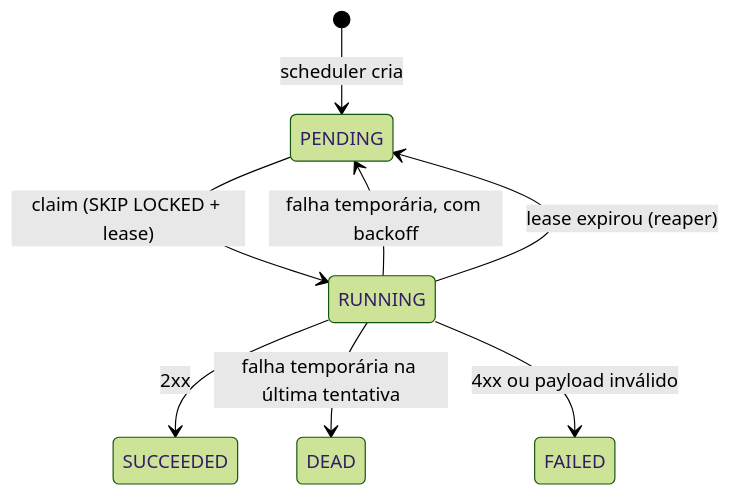
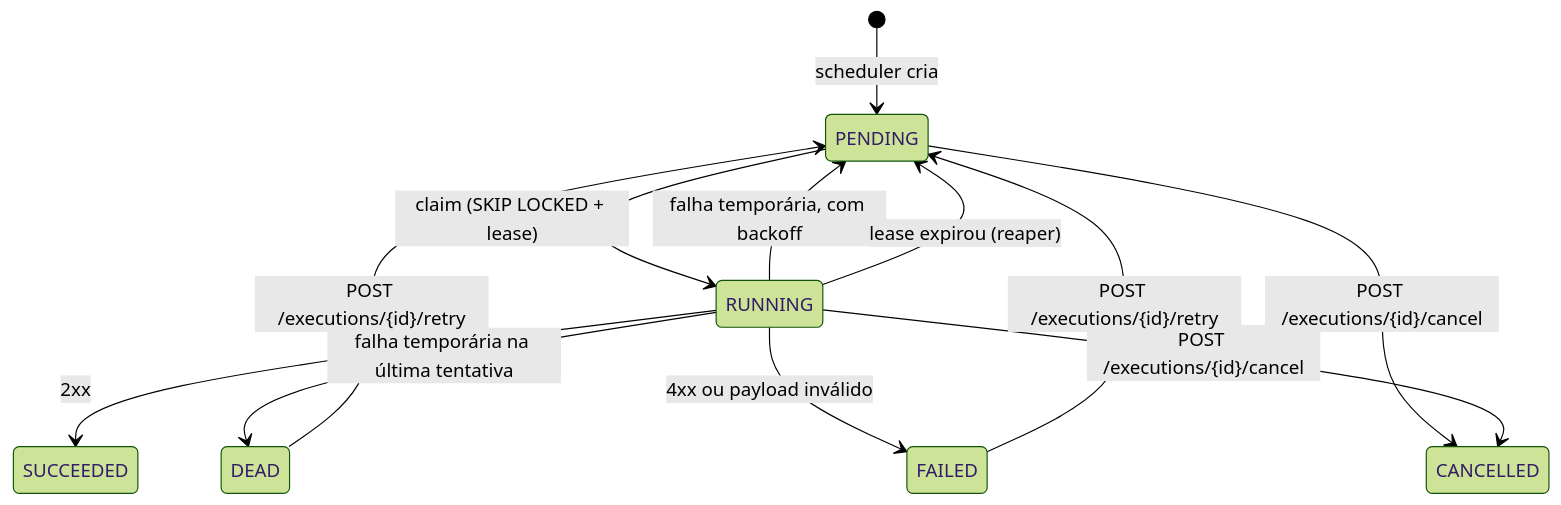
One commit to juliofilizzola/cronos changed the second of 2 diagrams in README.md. Above: the diagram before and after it, drawn with Mermaid (forest theme). The commit also changed other lines of this file, not shown here.

````diff
--- a/README.md
+++ b/README.md
@@ -101,10 +103,14 @@
 ```mermaid
 stateDiagram-v2
     [*] --> PENDING: scheduler cria
     PENDING --> RUNNING: claim (SKIP LOCKED + lease)
     RUNNING --> SUCCEEDED: 2xx
     RUNNING --> PENDING: falha temporária, com backoff
     RUNNING --> DEAD: falha temporária na última tentativa
     RUNNING --> FAILED: 4xx ou payload inválido
     RUNNING --> PENDING: lease expirou (reaper)
+    PENDING --> CANCELLED: POST /executions/{id}/cancel
+    RUNNING --> CANCELLED: POST /executions/{id}/cancel
+    DEAD --> PENDING: POST /executions/{id}/retry
+    FAILED --> PENDING: POST /executions/{id}/retry
 ```
````
